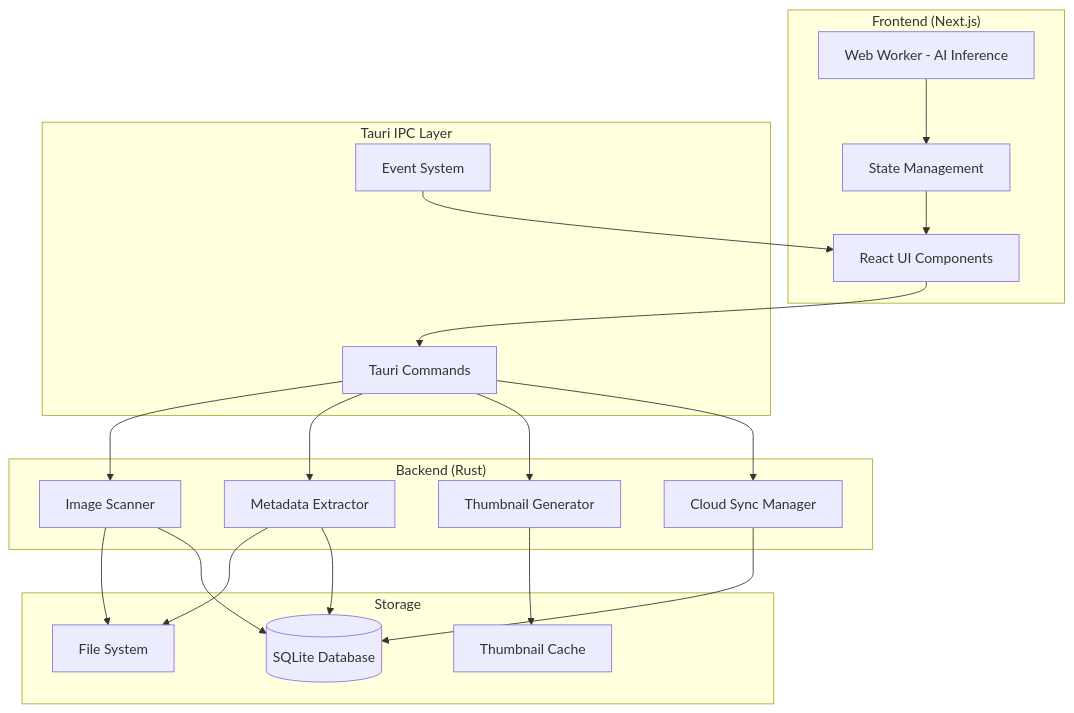
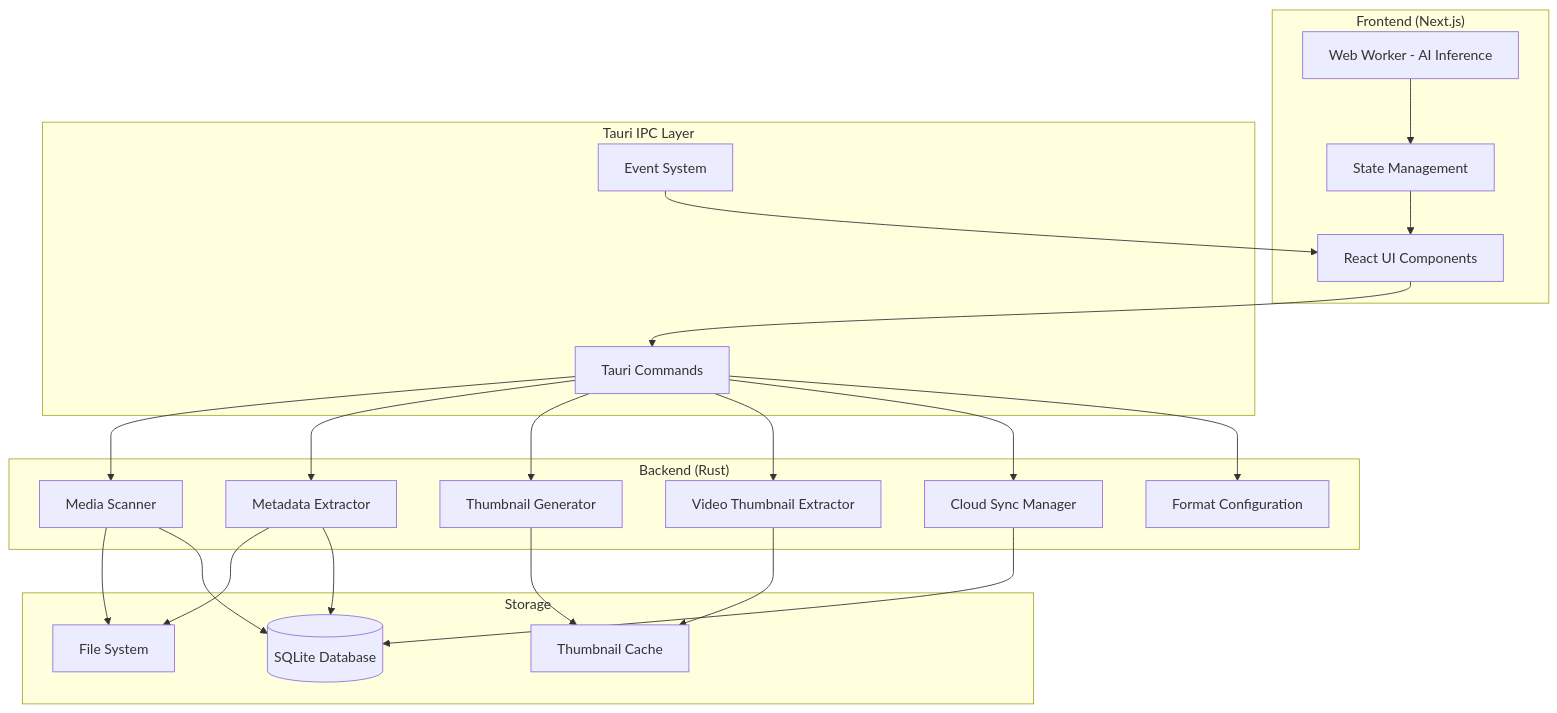
The diagram in .kiro/specs/cura-photo-manager/design.md (khuepm/Cura), drawn with Mermaid before and after one commit. The commit also changed other lines of this file and 5 other files, not shown here.

````diff
--- a/.kiro/specs/cura-photo-manager/design.md
+++ b/.kiro/specs/cura-photo-manager/design.md
@@ -27,45 +31,50 @@
 ```mermaid
 graph TB
     subgraph "Frontend (Next.js)"
         UI[React UI Components]
         Worker[Web Worker - AI Inference]
         Store[State Management]
     end
     
     subgraph "Tauri IPC Layer"
         Commands[Tauri Commands]
         Events[Event System]
     end
     
     subgraph "Backend (Rust)"
-        Scanner[Image Scanner]
+        Scanner[Media Scanner]
         MetaExtractor[Metadata Extractor]
         ThumbGen[Thumbnail Generator]
+        VideoThumb[Video Thumbnail Extractor]
         CloudSync[Cloud Sync Manager]
+        FormatConfig[Format Configuration]
     end
     
     subgraph "Storage"
         DB[(SQLite Database)]
         Cache[Thumbnail Cache]
         FS[File System]
     end
     
     UI --> Commands
     Commands --> Scanner
     Commands --> MetaExtractor
     Commands --> ThumbGen
+    Commands --> VideoThumb
     Commands --> CloudSync
+    Commands --> FormatConfig
     
     Scanner --> FS
     MetaExtractor --> FS
     ThumbGen --> Cache
+    VideoThumb --> Cache
     
     Scanner --> DB
     MetaExtractor --> DB
     CloudSync --> DB
     
     Worker --> Store
     Store --> UI
     
     Events --> UI
 ```
````
